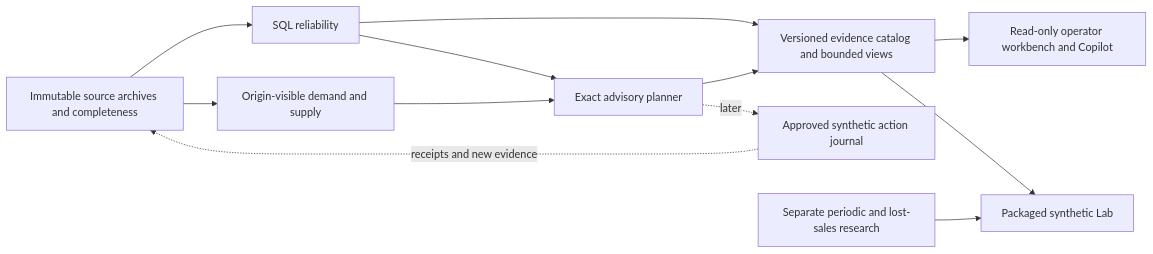
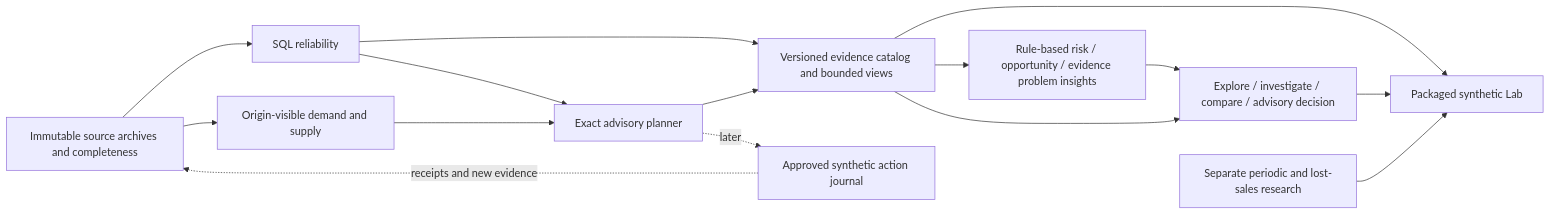
The diagram in docs/ROADMAP.md (daniel-li2021/inventory-intelligence), drawn with Mermaid before and after one commit. The commit also changed other lines of this file and 7 other files, not shown here.

````diff
--- a/docs/ROADMAP.md
+++ b/docs/ROADMAP.md
@@ -107,14 +137,17 @@
 ```mermaid
 flowchart LR
   I[Immutable source archives and completeness] --> R[SQL reliability]
   I --> D[Origin-visible demand and supply]
   R --> P[Exact advisory planner]
   D --> P
   R --> E[Versioned evidence catalog and bounded views]
   P --> E
-  E --> W[Read-only operator workbench and Copilot]
+  E --> H[Rule-based risk / opportunity / evidence problem insights]
+  H --> W[Explore / investigate / compare / advisory decision]
+  E --> W
   E --> L[Packaged synthetic Lab]
+  W --> L
   P -. later .-> J[Approved synthetic action journal]
   J -. receipts and new evidence .-> I
   S[Separate periodic and lost-sales research] --> L
 ```
````
